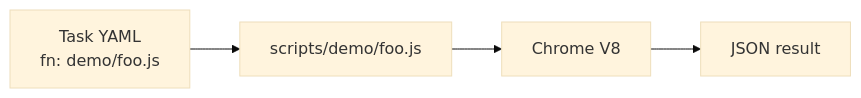
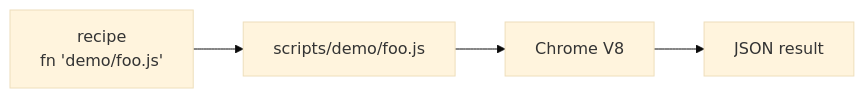
One commit to olivierdevelops/webtasks changed the diagram in docs/demos/js-modules.md. Above: the diagram before and after it, drawn with Mermaid (base theme). The commit also changed other lines of this file and 72 other files, not shown here.

````diff
--- a/docs/demos/js-modules.md
+++ b/docs/demos/js-modules.md
@@ -24,9 +20,9 @@
 ```mermaid
 flowchart LR
-    YAML["Task YAML\nfn: demo/foo.js"]
+    Recipe["recipe<br/>fn 'demo/foo.js'"]
     Bundle["scripts/demo/foo.js"]
     Chrome["Chrome V8"]
     Result["JSON result"]
 
-    YAML --> Bundle --> Chrome --> Result
+    Recipe --> Bundle --> Chrome --> Result
 ```
````
